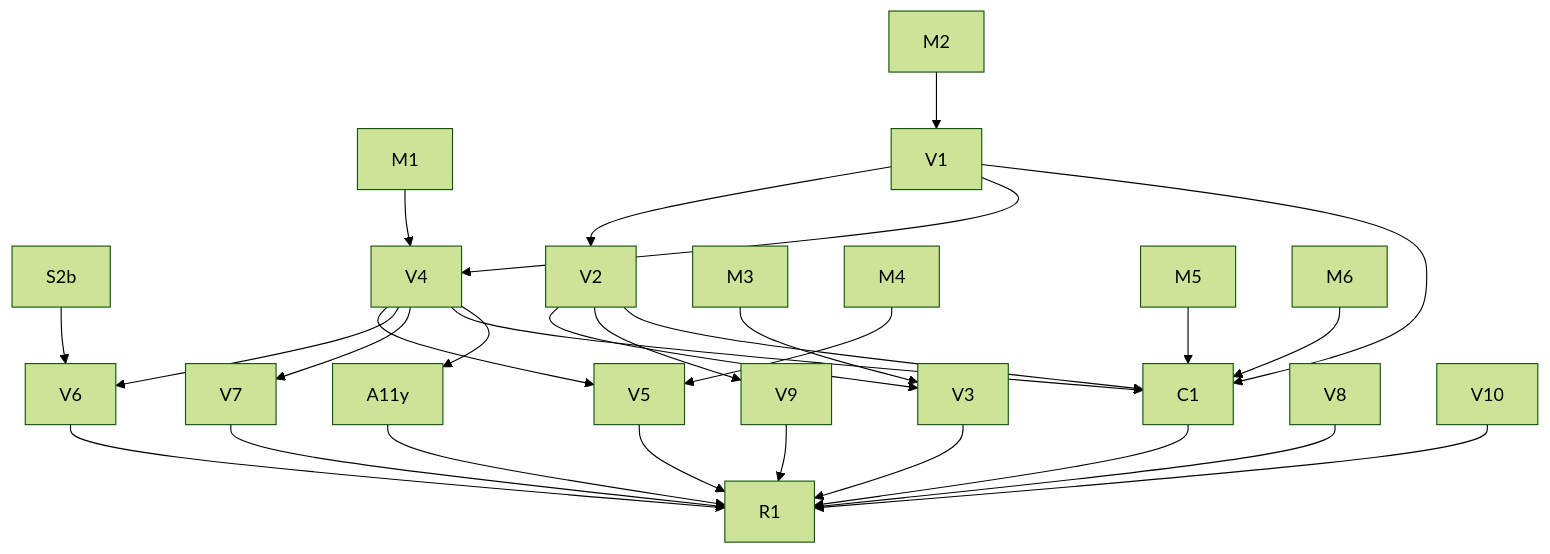
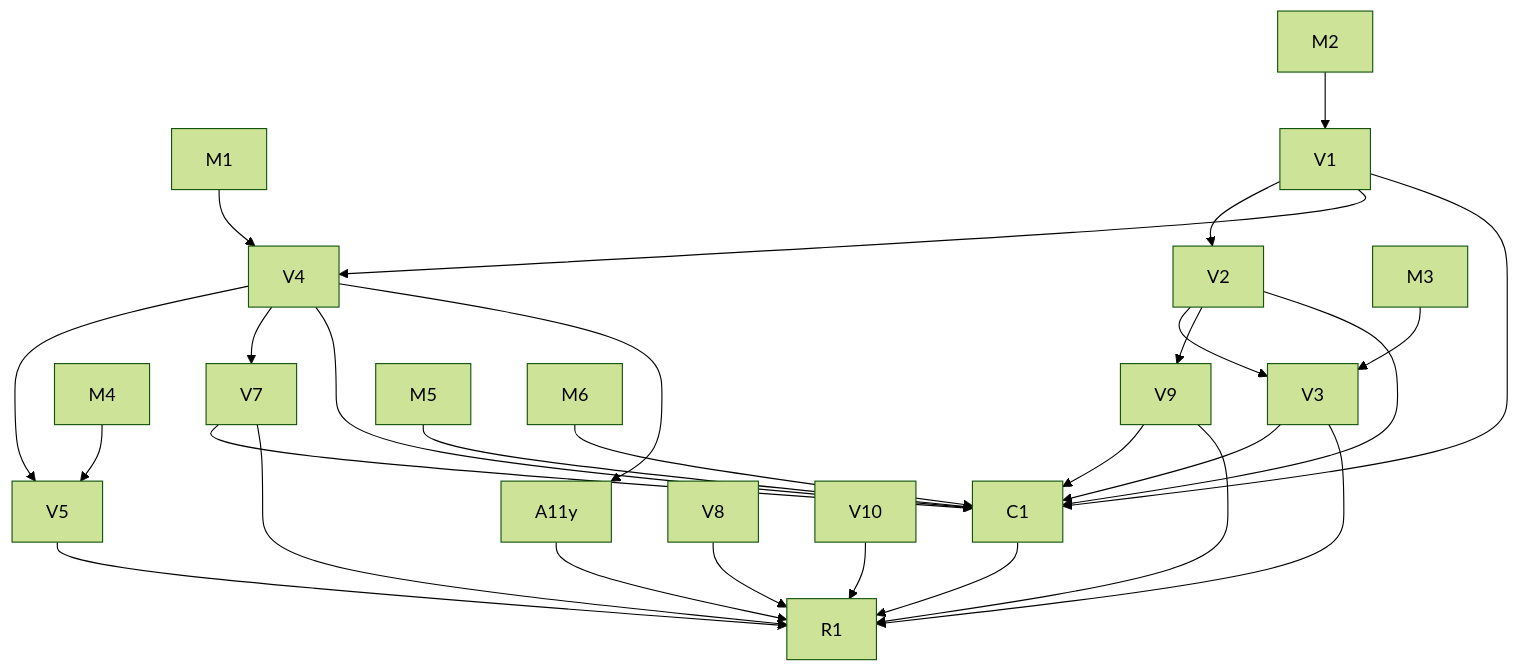
One commit to khivi/photos-cleanup changed the diagram in TODO.md. Above: the diagram before and after it, drawn with Mermaid (forest theme). The commit also changed other lines of this file, not shown here.

````diff
--- a/TODO.md
+++ b/TODO.md
@@ -34,20 +34,19 @@
 ```mermaid
 flowchart TD
-    S2b --> V6
     M1 --> V4
     M2 --> V1 --> V2 --> V3
     M3 --> V3
     V1 --> V4
     M4 --> V5
     V4 --> V5
-    V4 --> V6
     V4 --> V7
     V2 --> V9
     V1 --> C1
     V2 --> C1
     V4 --> C1
     M5 --> C1
     M6 --> C1
+    V3 & V7 & V9 --> C1
     V4 --> A11y
-    V3 & V5 & V6 & V7 & V8 & V9 & V10 & C1 & A11y --> R1
+    V3 & V5 & V7 & V8 & V9 & V10 & C1 & A11y --> R1
 ```
````
